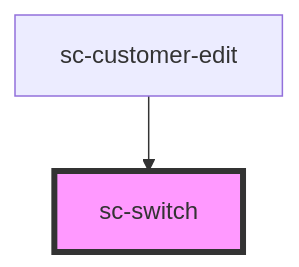
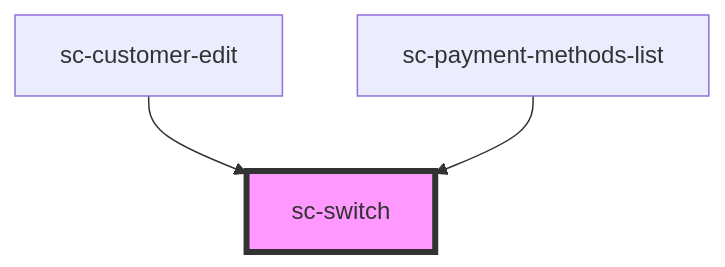
One commit to surecart/surecart-wp-plugin changed the diagram in packages/components/src/components/ui/switch/readme.md. Above: the diagram before and after it, drawn with Mermaid. The commit also changed other lines of this file and 5 other files, not shown here.

````diff
--- a/packages/components/src/components/ui/switch/readme.md
+++ b/packages/components/src/components/ui/switch/readme.md
@@ -69,5 +70,6 @@
 ```mermaid
 graph TD;
   sc-customer-edit --> sc-switch
+  sc-payment-methods-list --> sc-switch
   style sc-switch fill:#f9f,stroke:#333,stroke-width:4px
 ```
````
